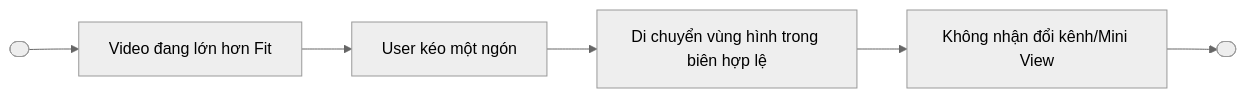
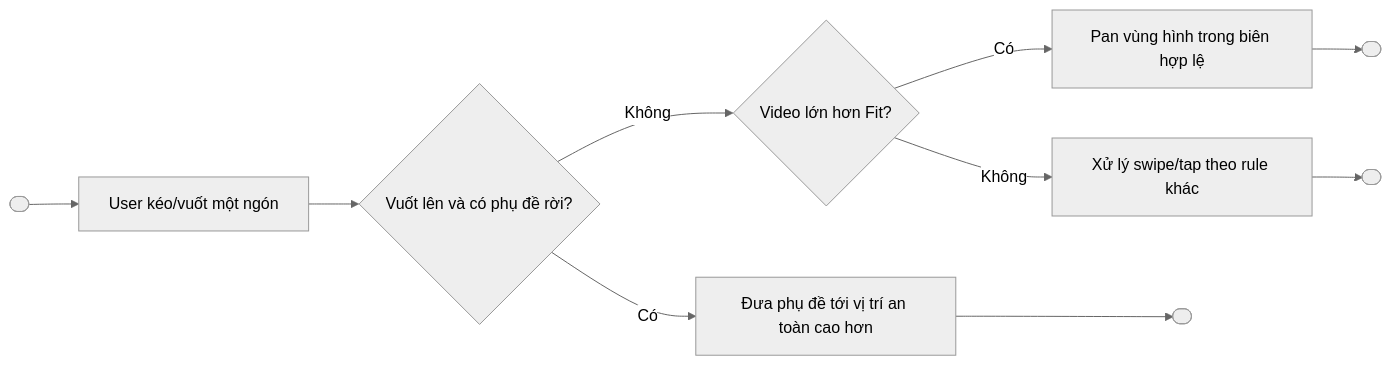
The sixth of 10 diagrams in features/final-docs/Video-Player/Gesture-Video-Player/product/Gesture-Video-Player-Spec.md (duongdang1136/FPTPLay), drawn with Mermaid (neutral theme) before and after one commit. The commit also changed other lines of this file and 1 other file, not shown here.

Commit message:
docs: add Gesture Player onboarding flow

````diff
--- a/features/final-docs/Video-Player/Gesture-Video-Player/product/Gesture-Video-Player-Spec.md
+++ b/features/final-docs/Video-Player/Gesture-Video-Player/product/Gesture-Video-Player-Spec.md
@@ -445,8 +471,12 @@
 ```mermaid
 flowchart LR
- Start([" "]) --> A["Video đang lớn hơn Fit"]
- A --> B["User kéo một ngón"]
- B --> C["Di chuyển vùng hình trong biên hợp lệ"]
- C --> D["Không nhận đổi kênh/Mini View"]
- D --> End([" "])
+ Start([" "]) --> A["User kéo/vuốt một ngón"]
+ A --> B{"Vuốt lên và có phụ đề rời?"}
+ B -- Có --> C["Đưa phụ đề tới vị trí an toàn cao hơn"]
+ B -- Không --> D{"Video lớn hơn Fit?"}
+ D -- Có --> E["Pan vùng hình trong biên hợp lệ"]
+ D -- Không --> F["Xử lý swipe/tap theo rule khác"]
+ C --> End1([" "])
+ E --> End2([" "])
+ F --> End3([" "])
 ```
````
